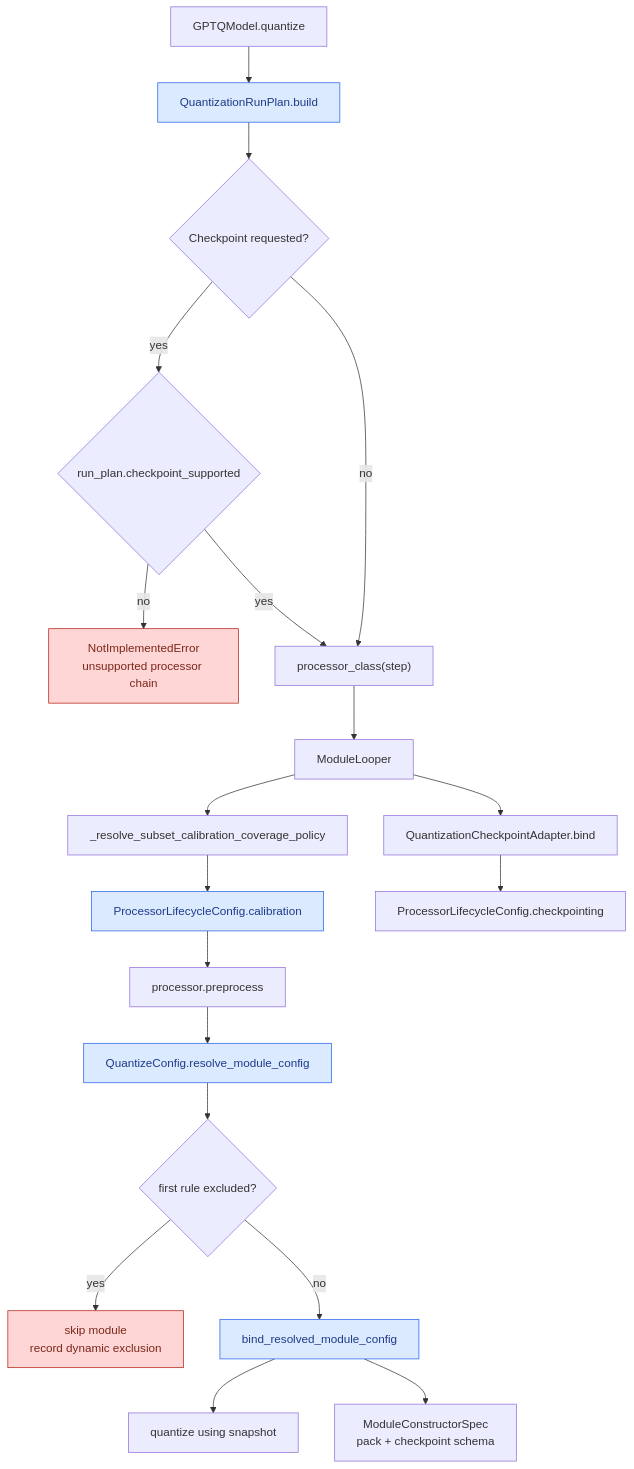
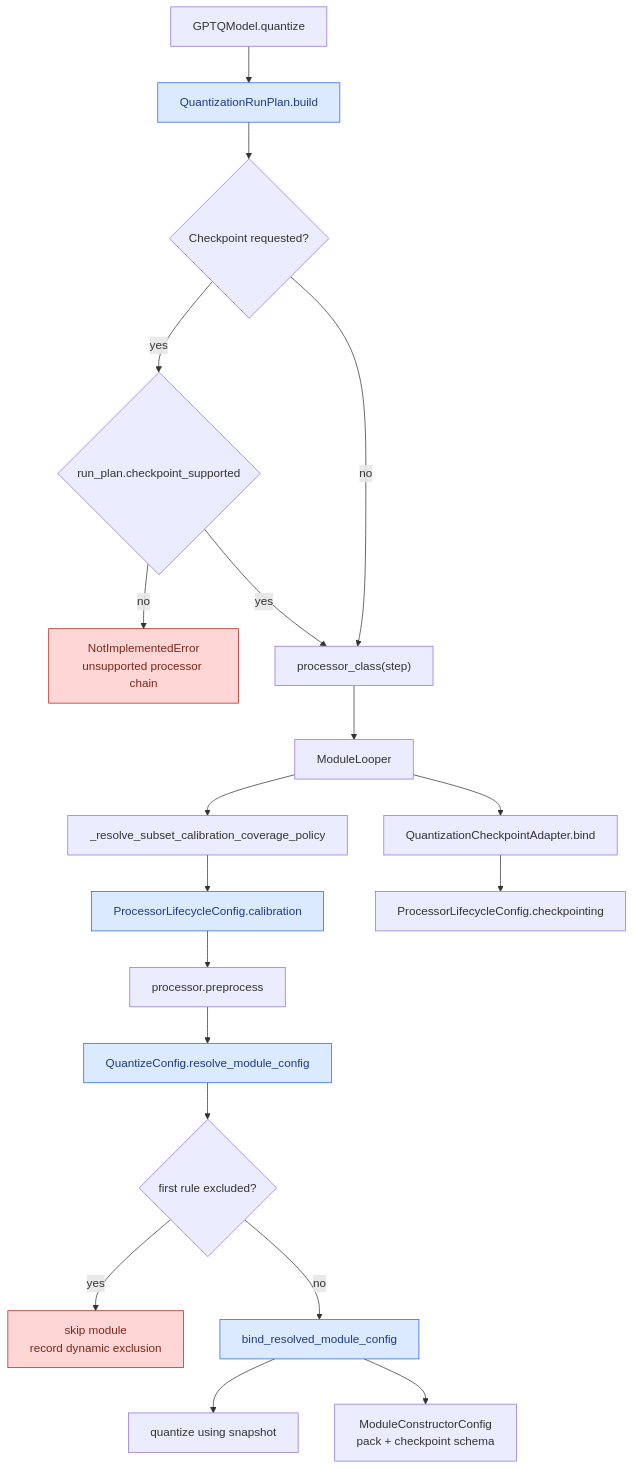
Before and after one commit to ModelCloud/GPTQModel: the diagram in docs/quantization-lifecycle-contracts.md, drawn with Mermaid. The commit also changed other lines of this file and 9 other files, not shown here.

First line of the commit message:
refactor(quantization): rename constructor spec to config

````diff
--- a/docs/quantization-lifecycle-contracts.md
+++ b/docs/quantization-lifecycle-contracts.md
@@ -32,26 +32,26 @@
 ```mermaid
 flowchart TD
     A["GPTQModel.quantize"] --> B["QuantizationRunPlan.build"]
     B --> C{"Checkpoint requested?"}
     C -- yes --> D{"run_plan.checkpoint_supported"}
     D -- no --> X1["NotImplementedError<br/>unsupported processor chain"]
     D -- yes --> E["processor_class(step)"]
     C -- no --> E
     E --> F["ModuleLooper"]
     F --> G["_resolve_subset_calibration_coverage_policy"]
     G --> H["ProcessorLifecycleConfig.calibration"]
     H --> I["processor.preprocess"]
     I --> J["QuantizeConfig.resolve_module_config"]
     J --> K{"first rule excluded?"}
     K -- yes --> X2["skip module<br/>record dynamic exclusion"]
     K -- no --> L["bind_resolved_module_config"]
     L --> M["quantize using snapshot"]
-    L --> N["ModuleConstructorSpec<br/>pack + checkpoint schema"]
+    L --> N["ModuleConstructorConfig<br/>pack + checkpoint schema"]
     F --> O["QuantizationCheckpointAdapter.bind"]
     O --> P["ProcessorLifecycleConfig.checkpointing"]
 
     classDef failure fill:#ffd6d6,stroke:#b42318,color:#7a271a;
     classDef contract fill:#dbeafe,stroke:#2563eb,color:#1e3a8a;
     class X1,X2 failure;
     class B,H,J,L contract;
 ```
````
